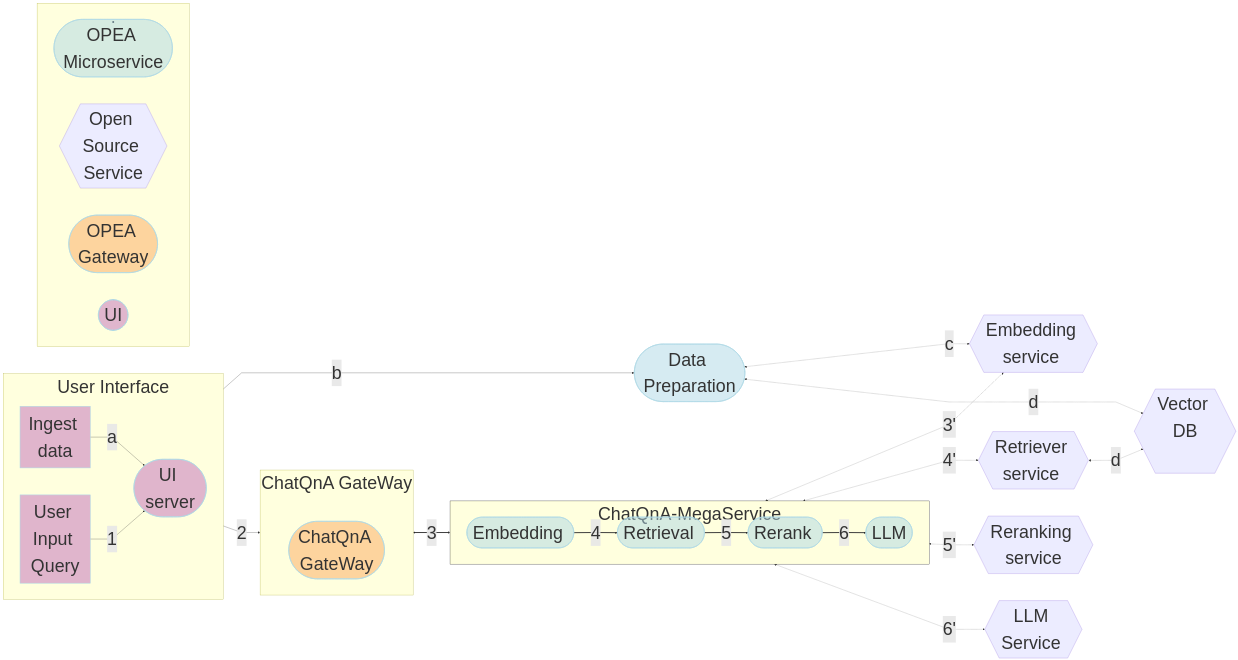
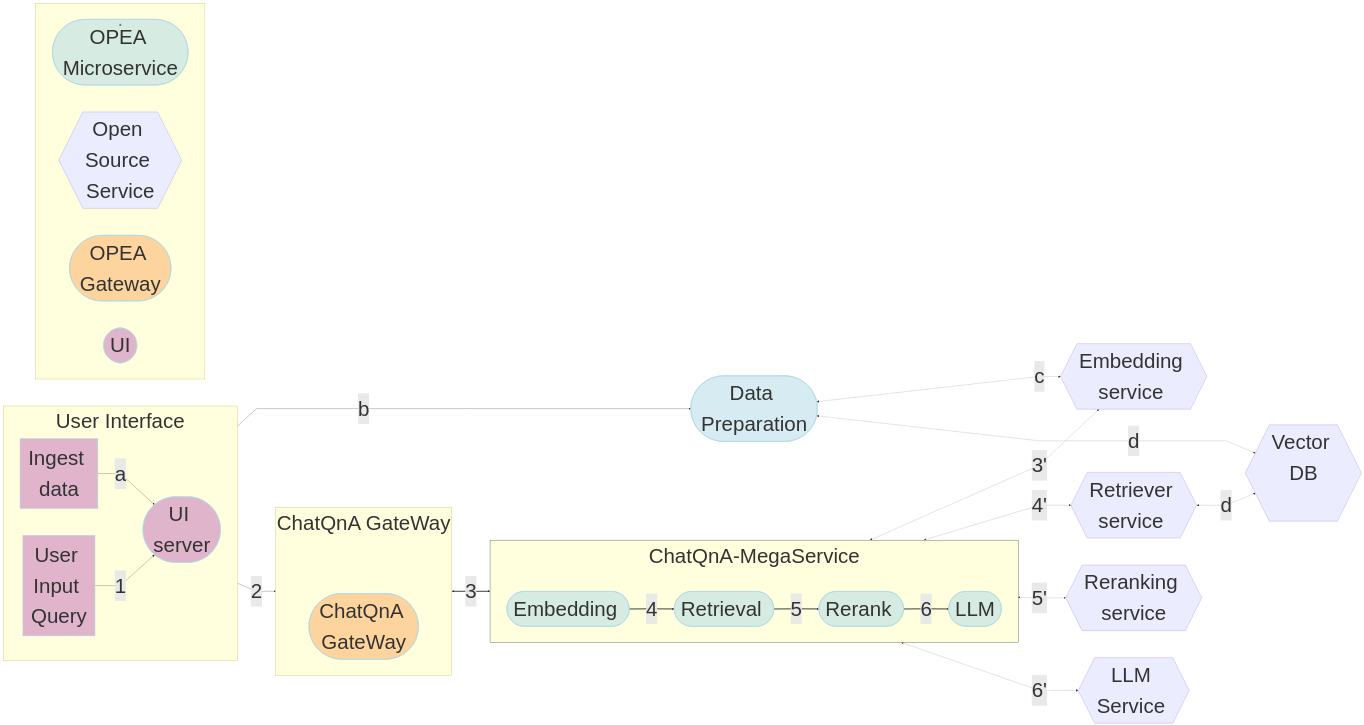
The diagram in ChatQnA/README.md (ctao456/GenAIExamples), drawn with Mermaid before and after one commit.

Commit message:
experiment

```diff
--- a/ChatQnA/README.md
+++ b/ChatQnA/README.md
@@ -20,7 +20,7 @@
     curve: linear
     useMaxWidth: true
   themeVariables:
-    fontSize: 66px
+    fontSize: 76px
 ---
 
 flowchart LR
@@ -34,6 +34,7 @@
     %% Subgraphs %%
     subgraph ChatQnA-MegaService["ChatQnA-MegaService"]
         direction LR
+        invis0[ ]:::invisible
         EM([Embedding <br>]):::blue
         RET([Retrieval <br>]):::blue
         RER([Rerank <br>]):::blue
@@ -41,14 +42,16 @@
     end
     subgraph UserInterface["User Interface"]
         direction LR
-        invisible1[ ]:::invisible
+        invis1[ ]:::invisible
+        invis2[ ]:::invisible
         a([User Input Query]):::orchid
         Ingest([Ingest data]):::orchid
         UI([UI server<br>]):::orchid
     end
     subgraph ChatQnA GateWay
         direction LR
-        invisible2[ ]:::invisible
+        invis3[ ]:::invisible
+        invis4[ ]:::invisible
         GW([ChatQnA GateWay<br>]):::orange
     end
     subgraph .
```
